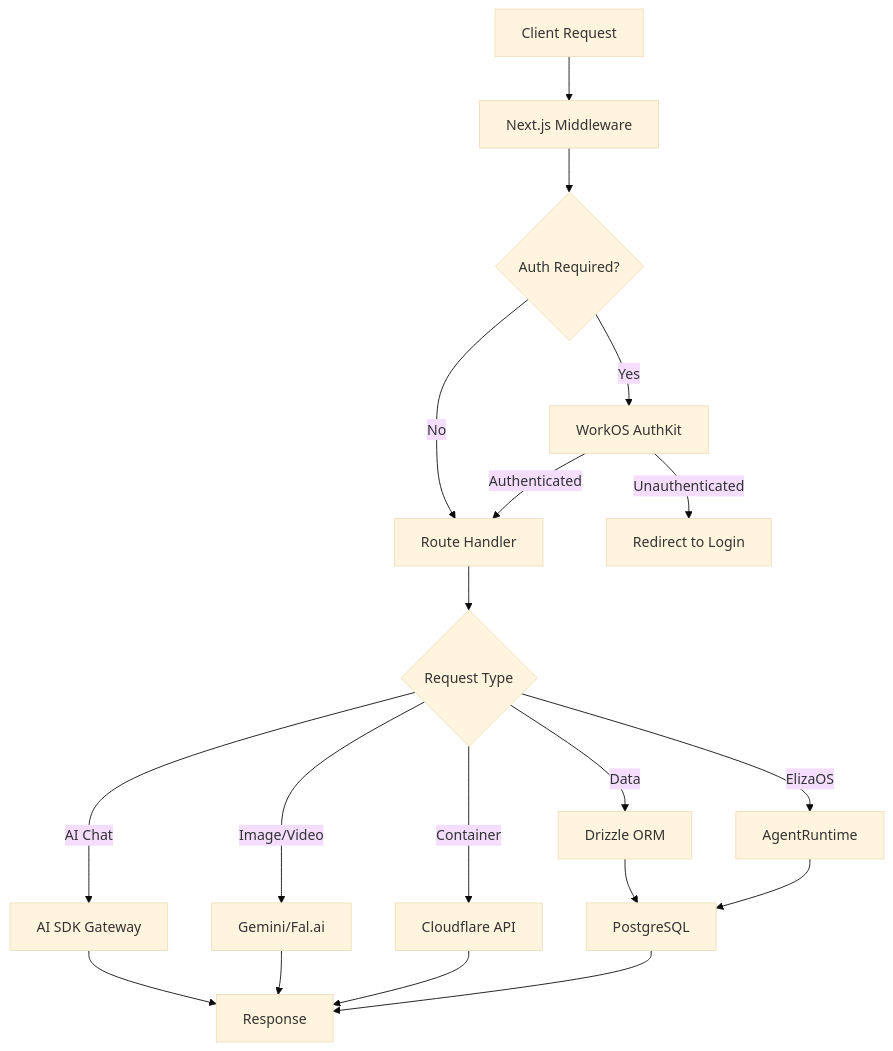
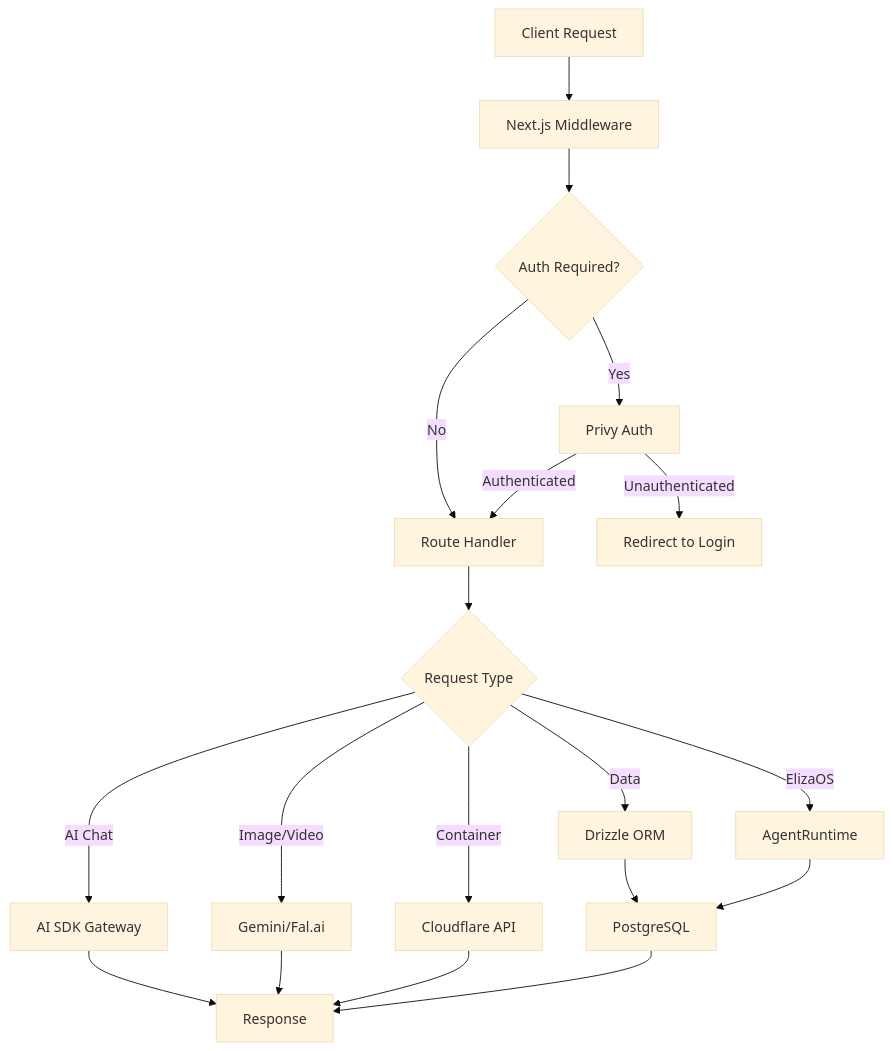
The diagram in README.md (elizaOS/cloud), drawn with Mermaid (base theme) before and after one commit. The commit also changed other lines of this file and 49 other files, not shown here.

````diff
--- a/README.md
+++ b/README.md
@@ -250,21 +250,21 @@
 ```mermaid
 graph TD
     A[Client Request] --> B[Next.js Middleware]
     B --> C{Auth Required?}
-    C -->|Yes| D[WorkOS AuthKit]
+    C -->|Yes| D[Privy Auth]
     C -->|No| E[Route Handler]
     D -->|Authenticated| E
     D -->|Unauthenticated| F[Redirect to Login]
     E --> G{Request Type}
     G -->|AI Chat| H[AI SDK Gateway]
     G -->|Image/Video| I[Gemini/Fal.ai]
     G -->|Data| J[Drizzle ORM]
     G -->|Container| K[Cloudflare API]
     G -->|ElizaOS| L[AgentRuntime]
     H --> M[Response]
     I --> M
     J --> N[PostgreSQL]
     K --> M
     L --> N
     N --> M
 ```
````
